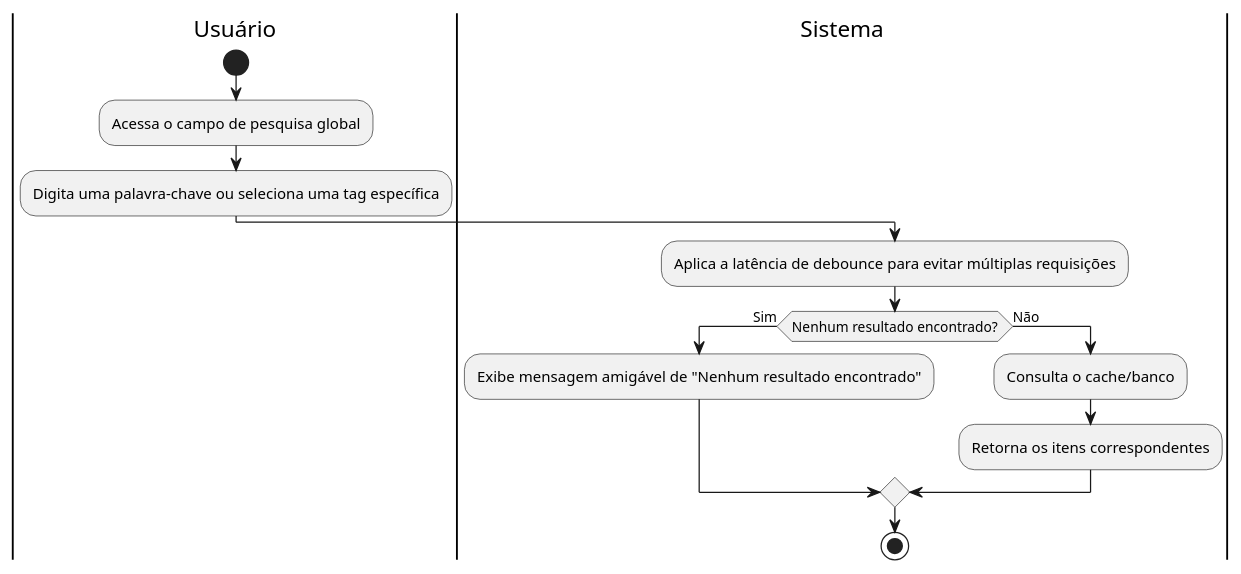
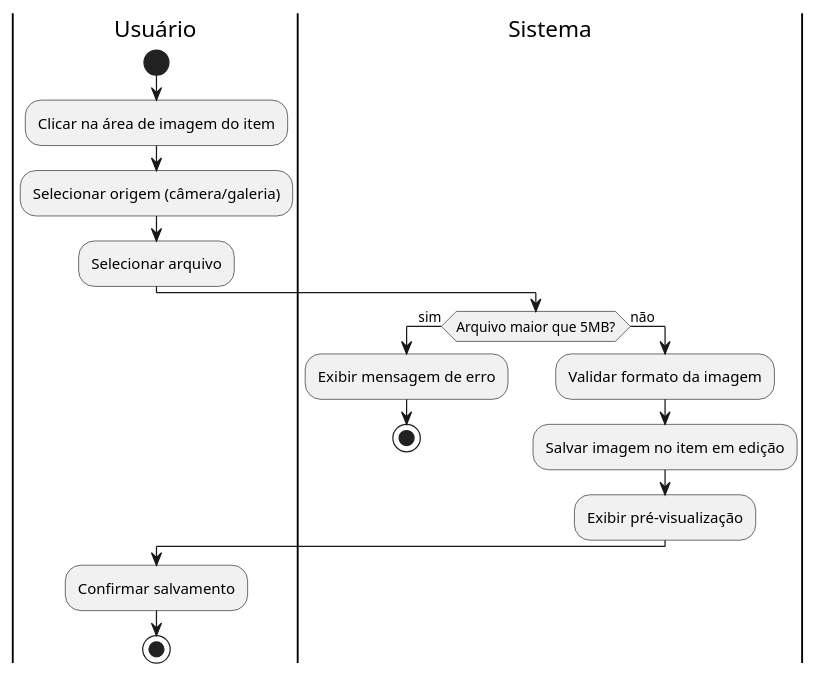
Before and after one commit to aspiringluke/Projeto-Integrado-Mobile: the diagram in docs/casosUso/uml/diagramas_atividade/diagrama_atividade_UC05.puml, drawn with PlantUML. The commit also changed 19 other files, not shown here.

Commit message:
docs: Diagramas de atividade ajustados aos casos de uso atuais

```diff
--- a/docs/casosUso/uml/diagramas_atividade/diagrama_atividade_UC05.puml
+++ b/docs/casosUso/uml/diagramas_atividade/diagrama_atividade_UC05.puml
@@ -1,21 +1,22 @@
 @startuml diagrama_UC05
 
 |Usuário|
 start
-:Acessa o campo de pesquisa global;
-:Digita uma palavra-chave ou seleciona uma tag específica;
+:Clicar na área de imagem do item;
+:Selecionar origem (câmera/galeria);
+:Selecionar arquivo;
 
 |Sistema|
-:Aplica a latência de debounce para evitar múltiplas requisições;
-
-if (Nenhum resultado encontrado?) then (Sim)
-    |Sistema|
-    :Exibe mensagem amigável de "Nenhum resultado encontrado";
-else (Não)
-    |Sistema|
-    :Consulta o cache/banco;
-    :Retorna os itens correspondentes;
+if (Arquivo maior que 5MB?) then (sim)
+  :Exibir mensagem de erro;
+  stop
+else (não)
+  :Validar formato da imagem;
+  :Salvar imagem no item em edição;
+  :Exibir pré-visualização;
 endif
 
+|Usuário|
+:Confirmar salvamento;
 stop
 @enduml
```
